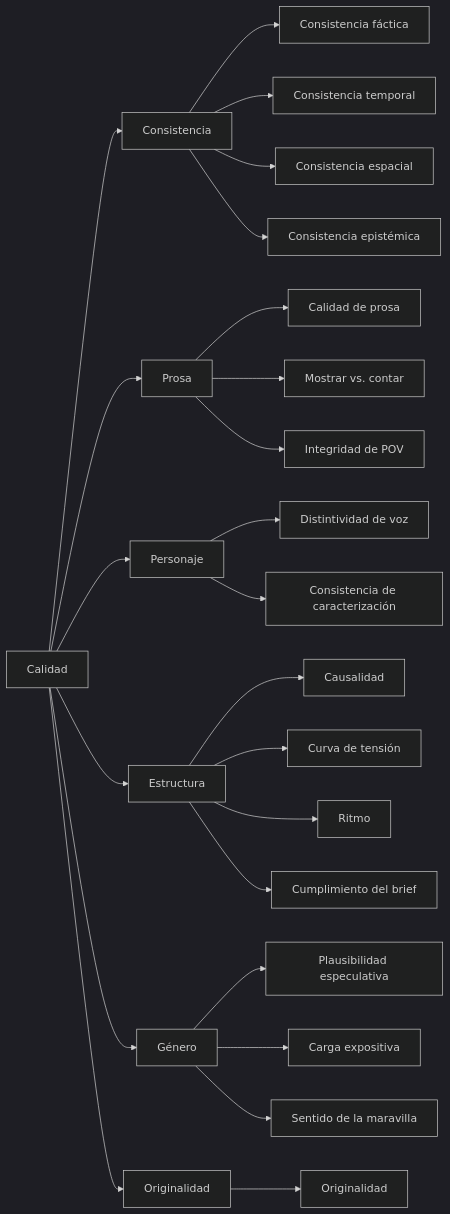
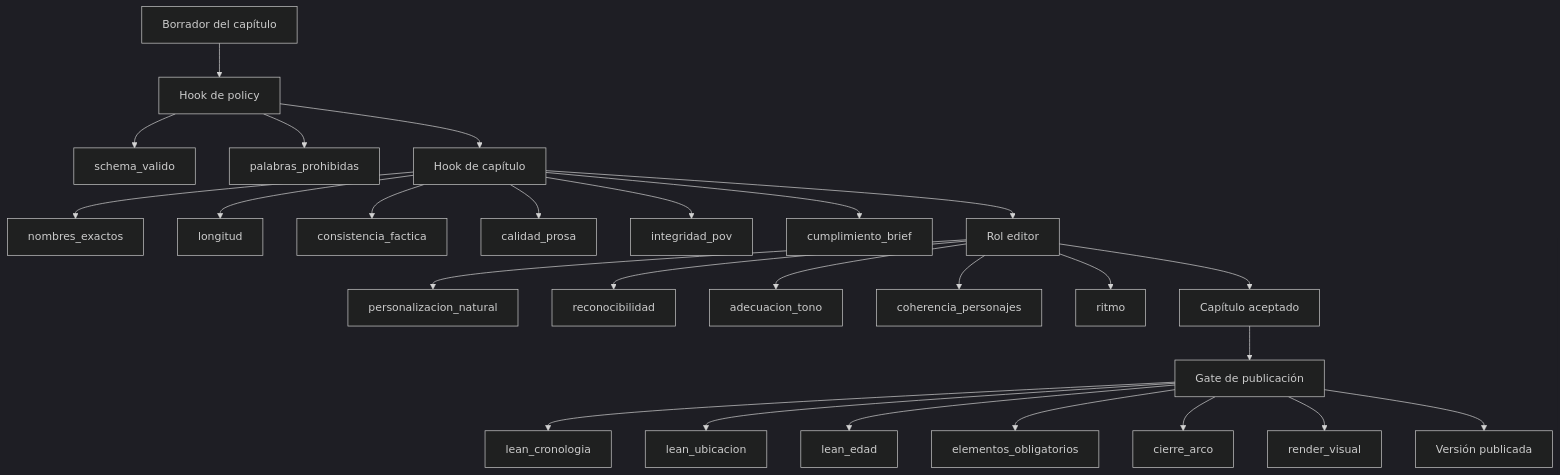
One commit to BrunoCrz3/MyStory changed diagram 14 of 21 in docs/domain-knowledge.md. Above: the diagram before and after it, drawn with Mermaid (dark theme). The commit also changed other lines of this file and 5 other files, not shown here.

````diff
--- a/docs/domain-knowledge.md
+++ b/docs/domain-knowledge.md
@@ -278,26 +277,28 @@
 ```mermaid
-flowchart LR
-  CAL[Calidad] --> CON[Consistencia]
-  CAL --> PRO[Prosa]
-  CAL --> PER[Personaje]
-  CAL --> STR[Estructura]
-  CAL --> GEN[Género]
-  CAL --> ORI[Originalidad]
-  CON --> C1[Consistencia fáctica]
-  CON --> C2[Consistencia temporal]
-  CON --> C3[Consistencia espacial]
-  CON --> C4[Consistencia epistémica]
-  PRO --> P1[Calidad de prosa]
-  PRO --> P2[Mostrar vs. contar]
-  PRO --> P3[Integridad de POV]
-  PER --> R1[Distintividad de voz]
-  PER --> R2[Consistencia de caracterización]
-  STR --> S1[Causalidad]
-  STR --> S2[Curva de tensión]
-  STR --> S3[Ritmo]
-  STR --> S4[Cumplimiento del brief]
-  GEN --> G1[Plausibilidad especulativa]
-  GEN --> G2[Carga expositiva]
-  GEN --> G3[Sentido de la maravilla]
-  ORI --> O1[Originalidad]
+flowchart TD
+  BOR[Borrador del capítulo] --> HP[Hook de policy]
+  HP --> V1[schema_valido]
+  HP --> V2[palabras_prohibidas]
+  HP --> HC[Hook de capítulo]
+  HC --> V3[nombres_exactos]
+  HC --> V4[longitud]
+  HC --> V5[consistencia_factica]
+  HC --> V6[calidad_prosa]
+  HC --> V7[integridad_pov]
+  HC --> V8[cumplimiento_brief]
+  HC --> ED[Rol editor]
+  ED --> V9[personalizacion_natural]
+  ED --> V10[reconocibilidad]
+  ED --> V11[adecuacion_tono]
+  ED --> V12[coherencia_personajes]
+  ED --> V13[ritmo]
+  ED --> ACP[Capítulo aceptado]
+  ACP --> GT[Gate de publicación]
+  GT --> V14[lean_cronologia]
+  GT --> V15[lean_ubicacion]
+  GT --> V16[lean_edad]
+  GT --> V17[elementos_obligatorios]
+  GT --> V18[cierre_arco]
+  GT --> V19[render_visual]
+  GT --> PUB[Versión publicada]
 ```
````
